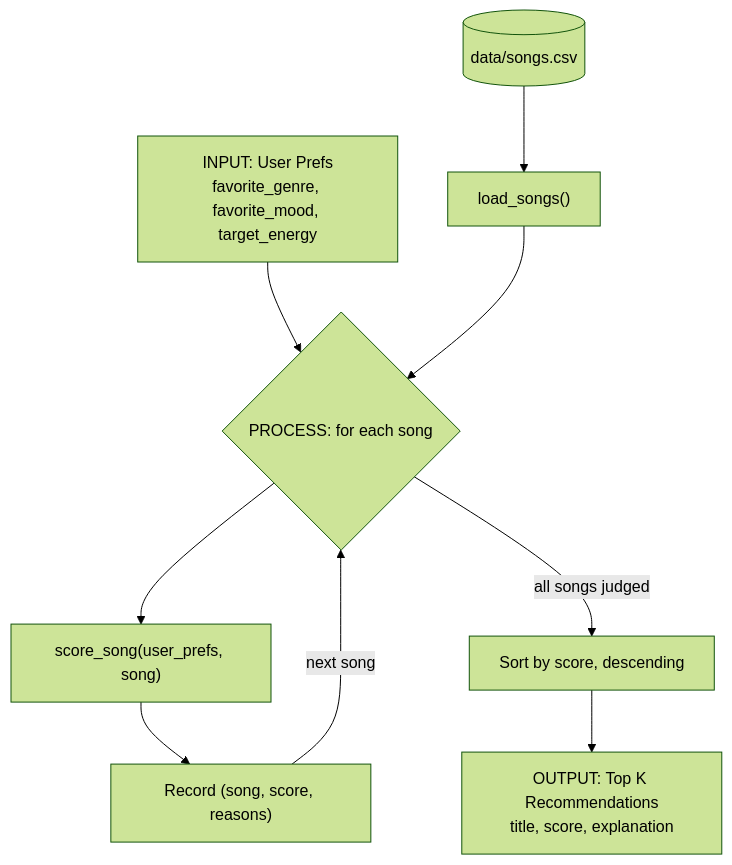
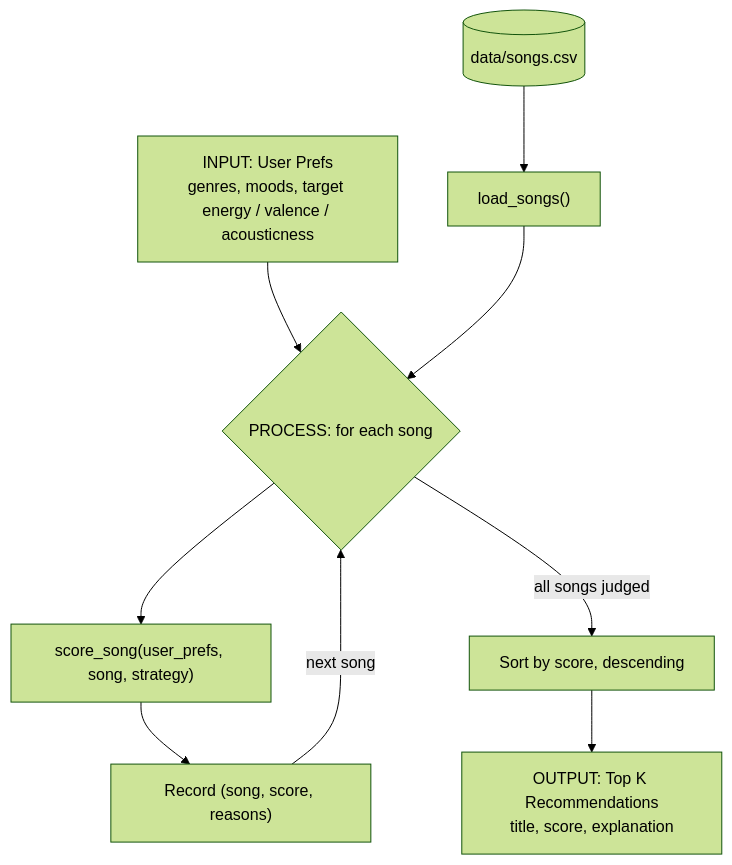
Before and after one commit to djenkins05/ai110-module3show-musicrecommendersimulation: the diagram in README.md, drawn with Mermaid (forest theme). The commit also changed other lines of this file and 4 other files, not shown here.

````diff
--- a/README.md
+++ b/README.md
@@ -40,10 +40,10 @@
 ```mermaid
 flowchart TD
-    A["INPUT: User Prefs<br/>favorite_genre, favorite_mood, target_energy"] --> D
+    A["INPUT: User Prefs<br/>genres, moods, target energy / valence / acousticness"] --> D
     B[("data/songs.csv")] --> C["load_songs()"] --> D
-    D{"PROCESS: for each song"} --> E["score_song(user_prefs, song)"]
+    D{"PROCESS: for each song"} --> E["score_song(user_prefs, song, strategy)"]
     E --> F["Record (song, score, reasons)"]
     F -- "next song" --> D
     D -- "all songs judged" --> G["Sort by score, descending"]
     G --> H["OUTPUT: Top K Recommendations<br/>title, score, explanation"]
 ```
````
